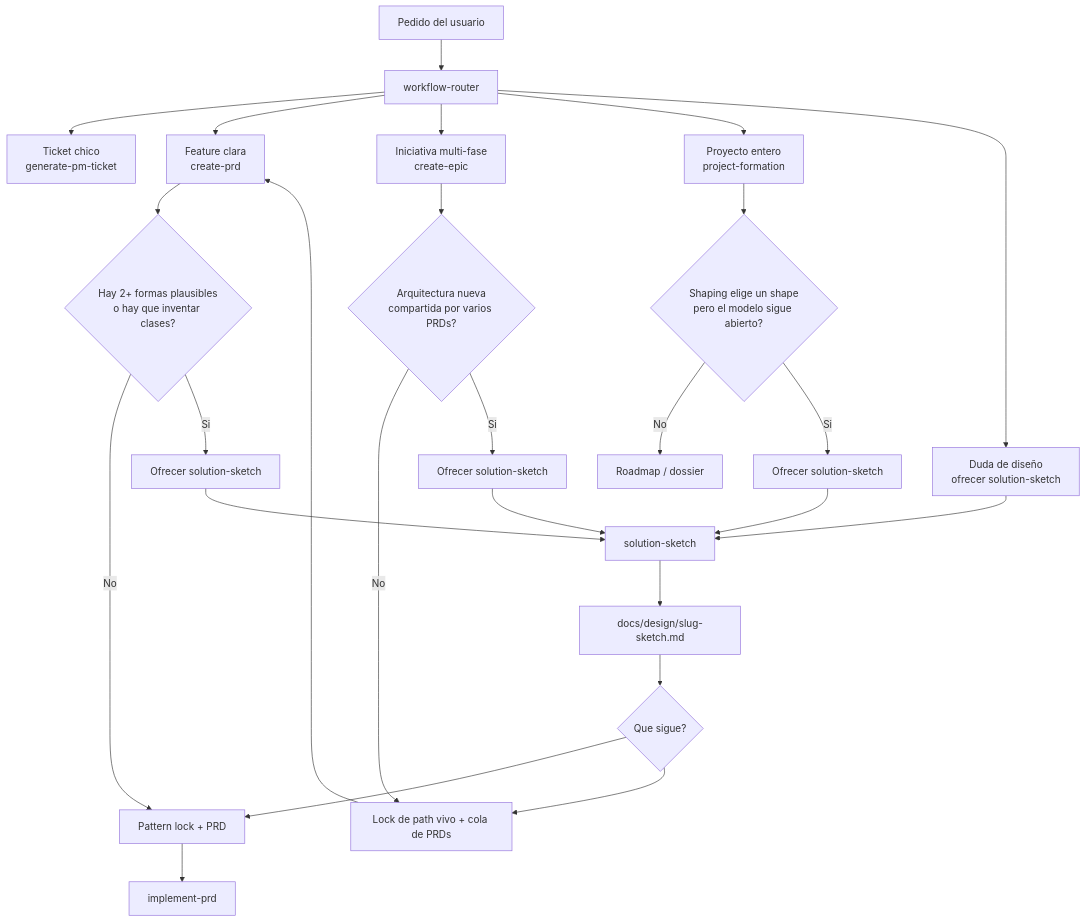
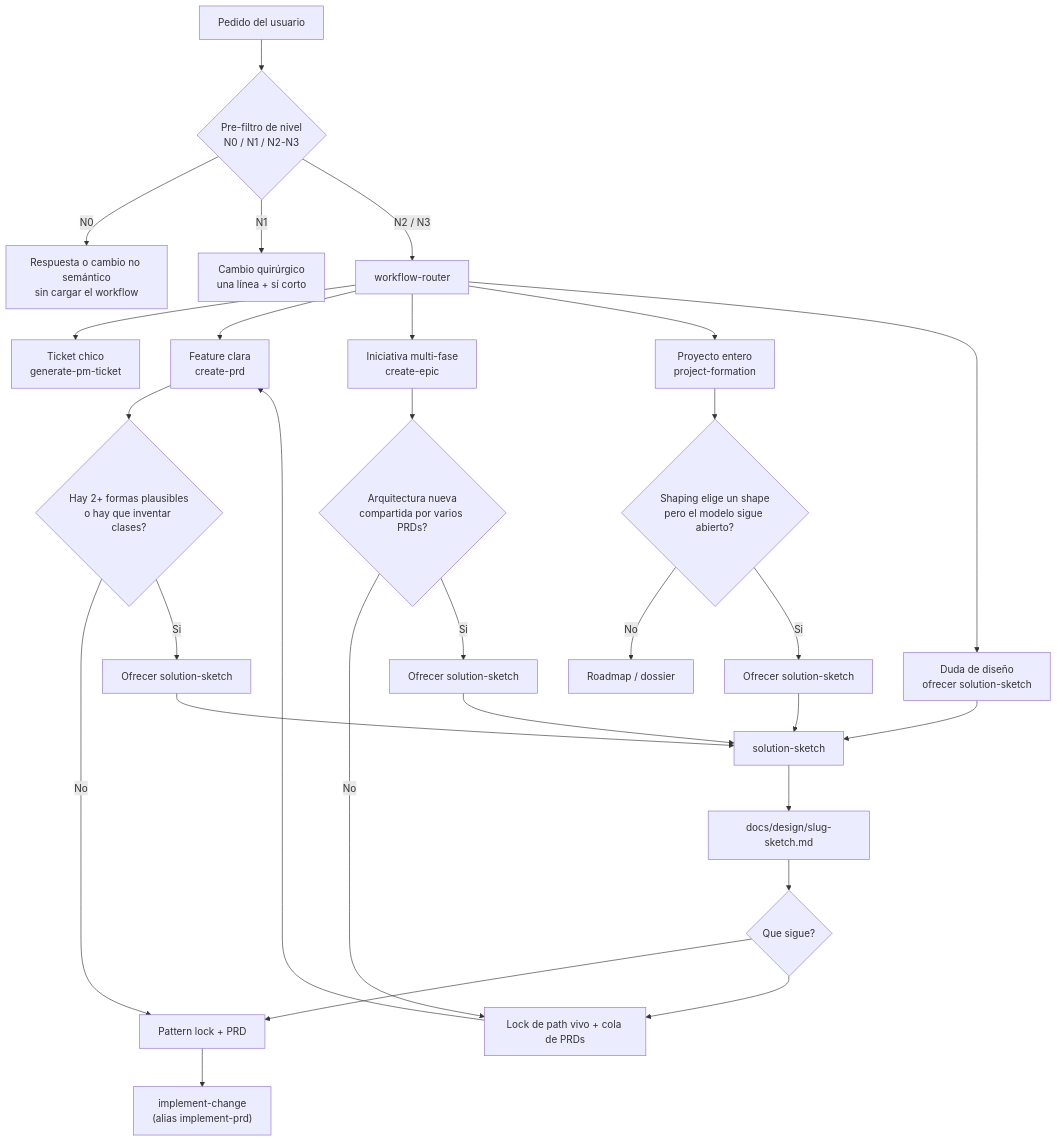
One commit to xampo848/fhh-ia-ecosystem-workflow-kit changed the diagram in docs/workflow/README.md. Above: the diagram before and after it, drawn with Mermaid. The commit also changed other lines of this file and 163 other files, not shown here.

First line of the commit message:
Roadmap de mejoras del workflow kit: lotes 1, 1b y 2 (#61)

````diff
--- a/docs/workflow/README.md
+++ b/docs/workflow/README.md
@@ -26,33 +26,36 @@
 ```mermaid
 flowchart TD
-  pedido["Pedido del usuario"] --> router["workflow-router"]
+  pedido["Pedido del usuario"] --> nivel{"Pre-filtro de nivel<br/>N0 / N1 / N2-N3"}
+  nivel -->|N0| directo["Respuesta o cambio no semántico<br/>sin cargar el workflow"]
+  nivel -->|N1| quirurgico["Cambio quirúrgico<br/>una línea + sí corto"]
+  nivel -->|N2 / N3| router["workflow-router"]
 
   router --> ticket["Ticket chico<br/>generate-pm-ticket"]
   router --> prd["Feature clara<br/>create-prd"]
   router --> epic["Iniciativa multi-fase<br/>create-epic"]
   router --> form["Proyecto entero<br/>project-formation"]
   router --> sketchAsk["Duda de diseño<br/>ofrecer solution-sketch"]
 
   prd --> gatePrd{"Hay 2+ formas plausibles<br/>o hay que inventar clases?"}
   epic --> gateEpic{"Arquitectura nueva<br/>compartida por varios PRDs?"}
   form --> gateForm{"Shaping elige un shape<br/>pero el modelo sigue abierto?"}
 
   gatePrd -->|No| lock["Pattern lock + PRD"]
   gatePrd -->|Si| offer1["Ofrecer solution-sketch"]
   gateEpic -->|No| cut["Lock de path vivo + cola de PRDs"]
   gateEpic -->|Si| offer2["Ofrecer solution-sketch"]
   gateForm -->|No| roadmap["Roadmap / dossier"]
   gateForm -->|Si| offer3["Ofrecer solution-sketch"]
 
   sketchAsk --> sketch["solution-sketch"]
   offer1 --> sketch
   offer2 --> sketch
   offer3 --> sketch
 
   sketch --> artifact["docs/design/slug-sketch.md"]
   artifact --> resume{"Que sigue?"}
   resume --> lock
   resume --> cut
-  lock --> impl["implement-prd"]
+  lock --> impl["implement-change<br/>(alias implement-prd)"]
   cut --> prd
 ```
````
